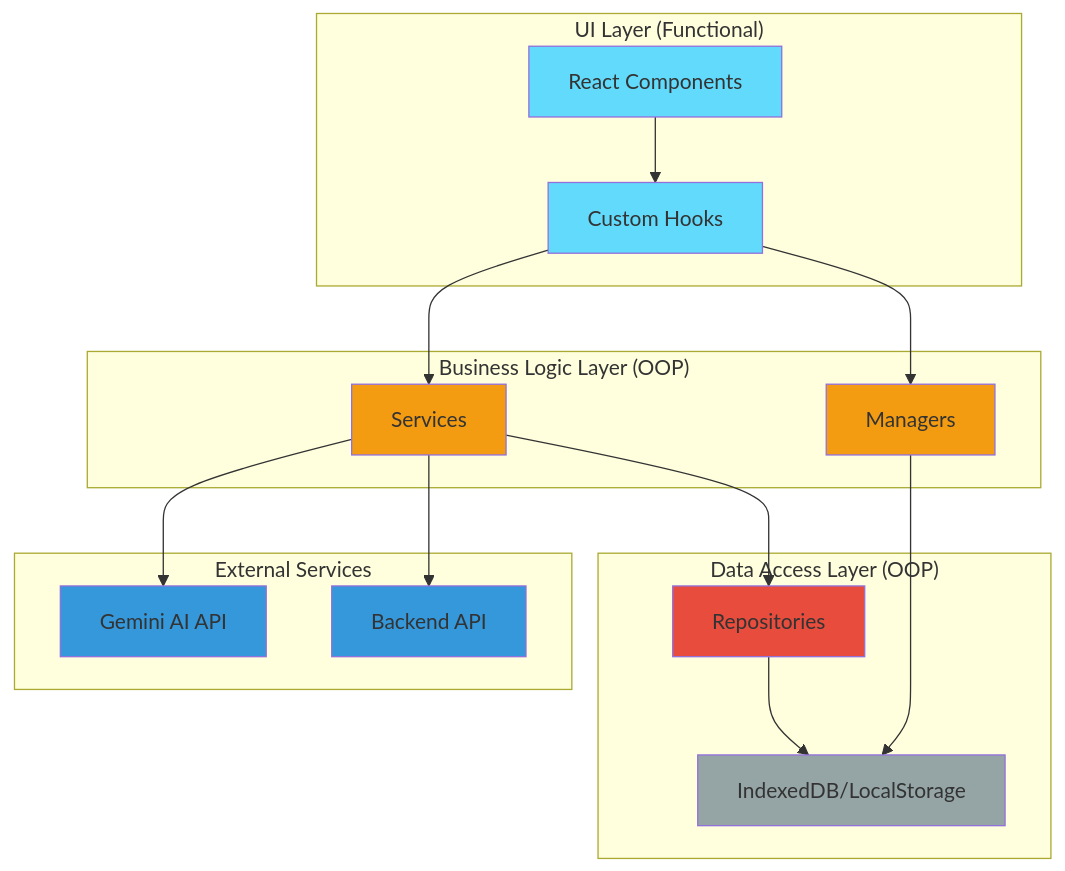
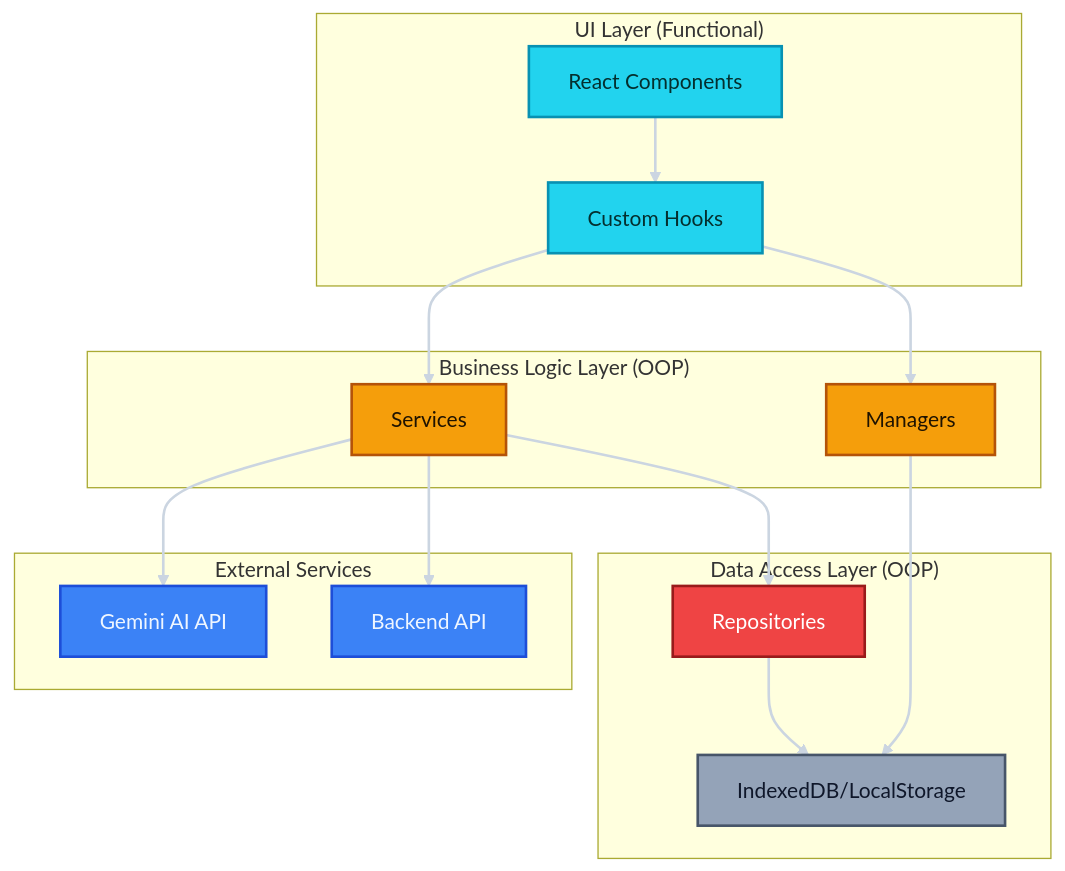
The first of 7 diagrams in docs/ARCHITECTURE.md (Xeze-org/Anie-Frontend), drawn with Mermaid before and after one commit. The commit also changed other lines of this file and 5 other files, not shown here.

Commit message:
Update documentation styles across architecture, components, hooks, repositories, and services

````diff
--- a/docs/ARCHITECTURE.md
+++ b/docs/ARCHITECTURE.md
@@ -18,40 +18,41 @@
 ```mermaid
 graph TB
     subgraph "UI Layer (Functional)"
         A[React Components]
         B[Custom Hooks]
     end
     
     subgraph "Business Logic Layer (OOP)"
         C[Services]
         D[Managers]
     end
     
     subgraph "Data Access Layer (OOP)"
         E[Repositories]
         F[IndexedDB/LocalStorage]
     end
     
     subgraph "External Services"
         G[Gemini AI API]
         H[Backend API]
     end
     
     A --> B
     B --> C
     B --> D
     C --> E
     D --> F
     C --> G
     C --> H
     E --> F
     
-    style A fill:#61dafb
-    style B fill:#61dafb
-    style C fill:#f39c12
-    style D fill:#f39c12
-    style E fill:#e74c3c
-    style F fill:#95a5a6
-    style G fill:#3498db
-    style H fill:#3498db
+    style A fill:#22d3ee,stroke:#0891b2,stroke-width:2px,color:#042f2e
+    style B fill:#22d3ee,stroke:#0891b2,stroke-width:2px,color:#042f2e
+    style C fill:#f59e0b,stroke:#b45309,stroke-width:2px,color:#1f1300
+    style D fill:#f59e0b,stroke:#b45309,stroke-width:2px,color:#1f1300
+    style E fill:#ef4444,stroke:#991b1b,stroke-width:2px,color:#ffffff
+    style F fill:#94a3b8,stroke:#475569,stroke-width:2px,color:#0f172a
+    style G fill:#3b82f6,stroke:#1d4ed8,stroke-width:2px,color:#eff6ff
+    style H fill:#3b82f6,stroke:#1d4ed8,stroke-width:2px,color:#eff6ff
+    linkStyle default stroke:#cbd5e1,stroke-width:2px
 ```
````
